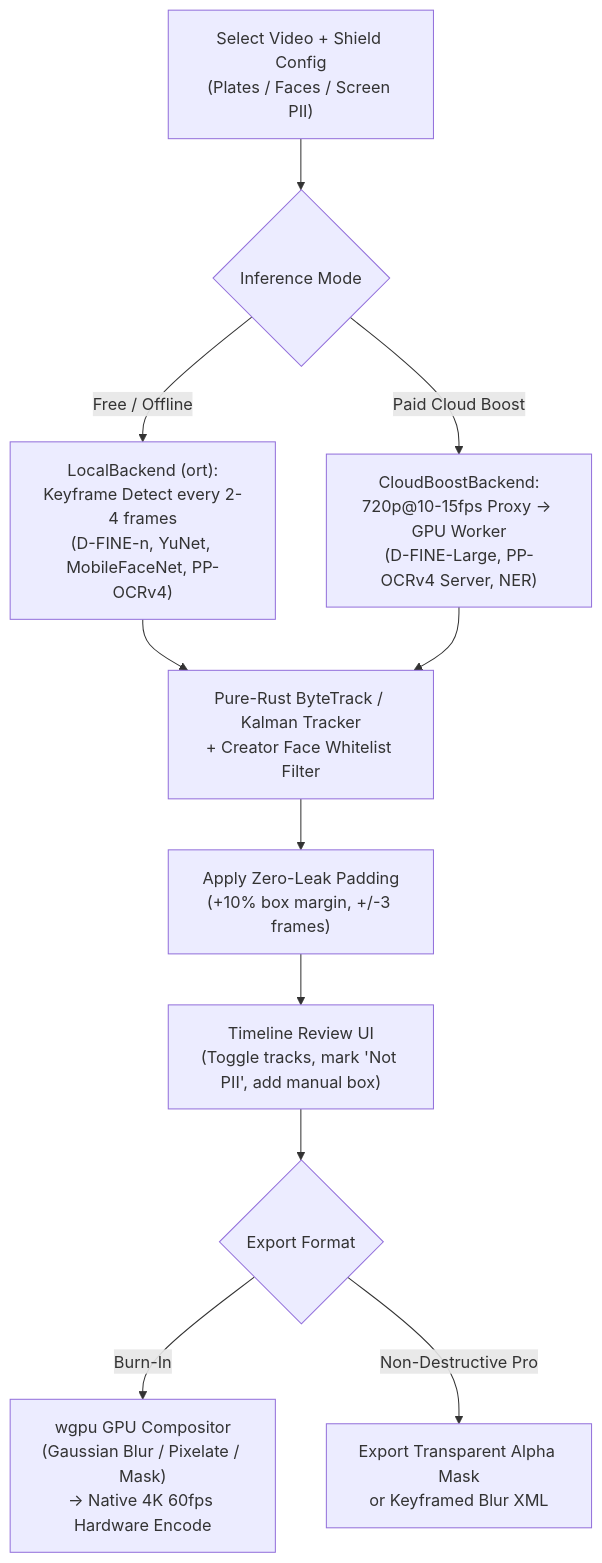
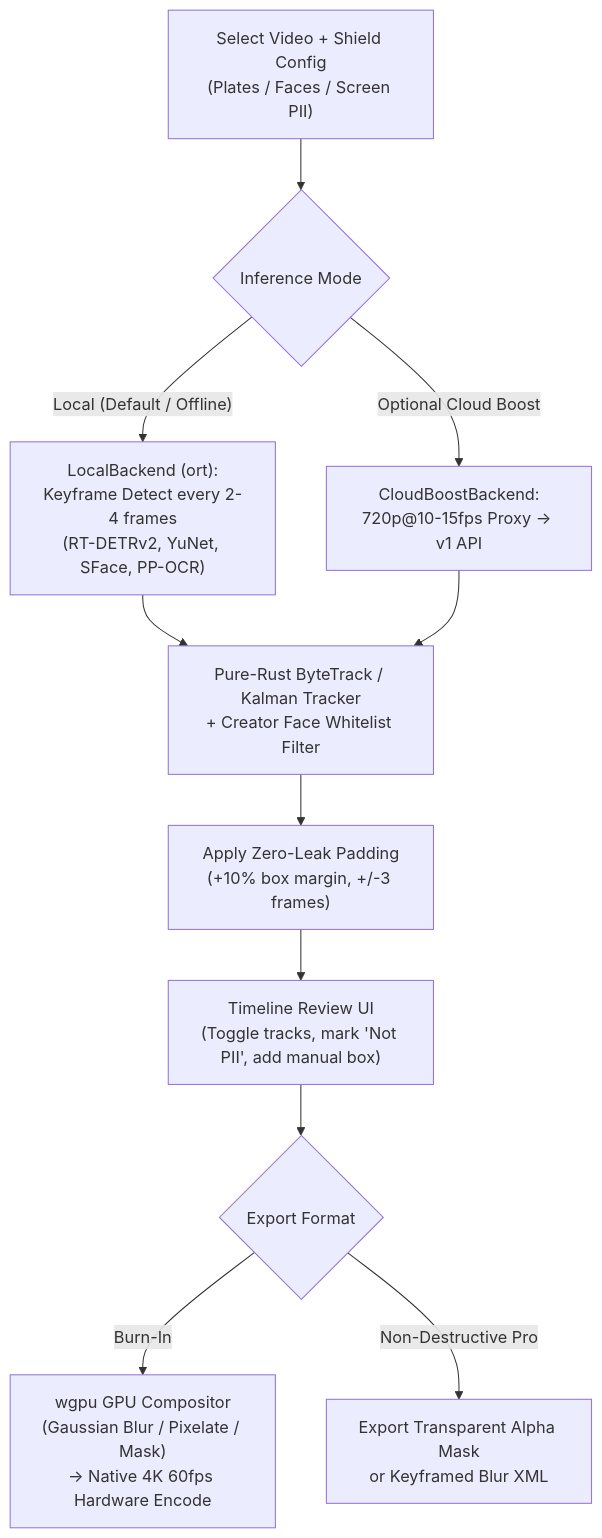
One commit to tungnguyenlam/tinycut changed the second of 3 diagrams in WORKFLOW.md. Above: the diagram before and after it, drawn with Mermaid. The commit also changed other lines of this file and 11 other files, not shown here.

````diff
--- a/WORKFLOW.md
+++ b/WORKFLOW.md
@@ -26,13 +28,13 @@
 ```mermaid
 flowchart TD
     A["Select Video + Shield Config\n(Plates / Faces / Screen PII)"] --> B{"Inference Mode"}
-    B -- "Free / Offline" --> C["LocalBackend (ort):\nKeyframe Detect every 2-4 frames\n(D-FINE-n, YuNet, MobileFaceNet, PP-OCRv4)"]
-    B -- "Paid Cloud Boost" --> D["CloudBoostBackend:\n720p@10-15fps Proxy -> GPU Worker\n(D-FINE-Large, PP-OCRv4 Server, NER)"]
+    B -- "Local (Default / Offline)" --> C["LocalBackend (ort):\nKeyframe Detect every 2-4 frames\n(RT-DETRv2, YuNet, SFace, PP-OCR)"]
+    B -- "Optional Cloud Boost" --> D["CloudBoostBackend:\n720p@10-15fps Proxy -> v1 API"]
     C --> E["Pure-Rust ByteTrack / Kalman Tracker\n+ Creator Face Whitelist Filter"]
     D --> E
     E --> F["Apply Zero-Leak Padding\n(+10% box margin, +/-3 frames)"]
     F --> G["Timeline Review UI\n(Toggle tracks, mark 'Not PII', add manual box)"]
     G --> H{"Export Format"}
     H -- "Burn-In" --> I["wgpu GPU Compositor\n(Gaussian Blur / Pixelate / Mask)\n-> Native 4K 60fps Hardware Encode"]
     H -- "Non-Destructive Pro" --> J["Export Transparent Alpha Mask\nor Keyframed Blur XML"]
 ```
````
